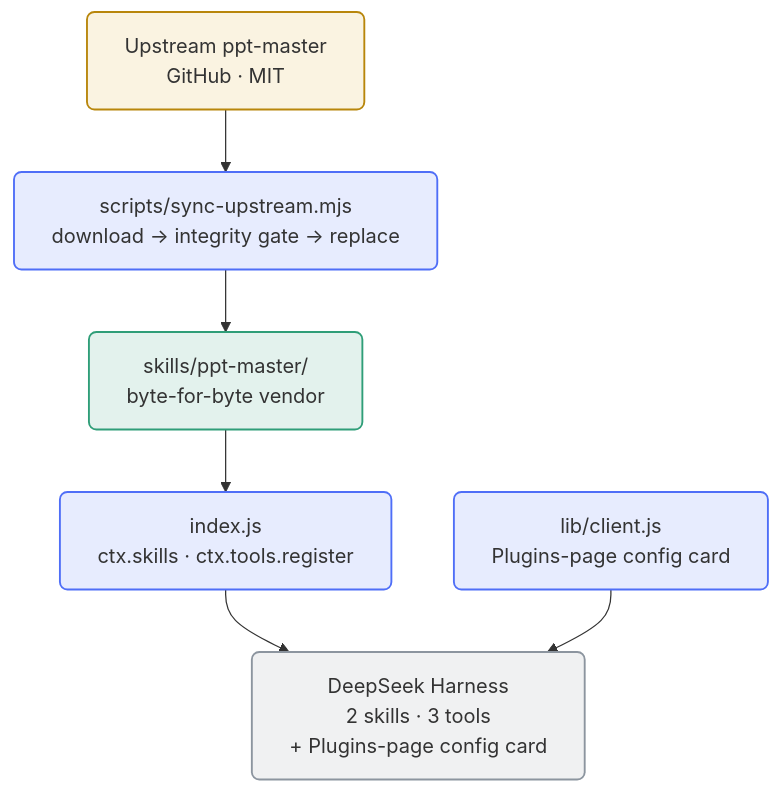
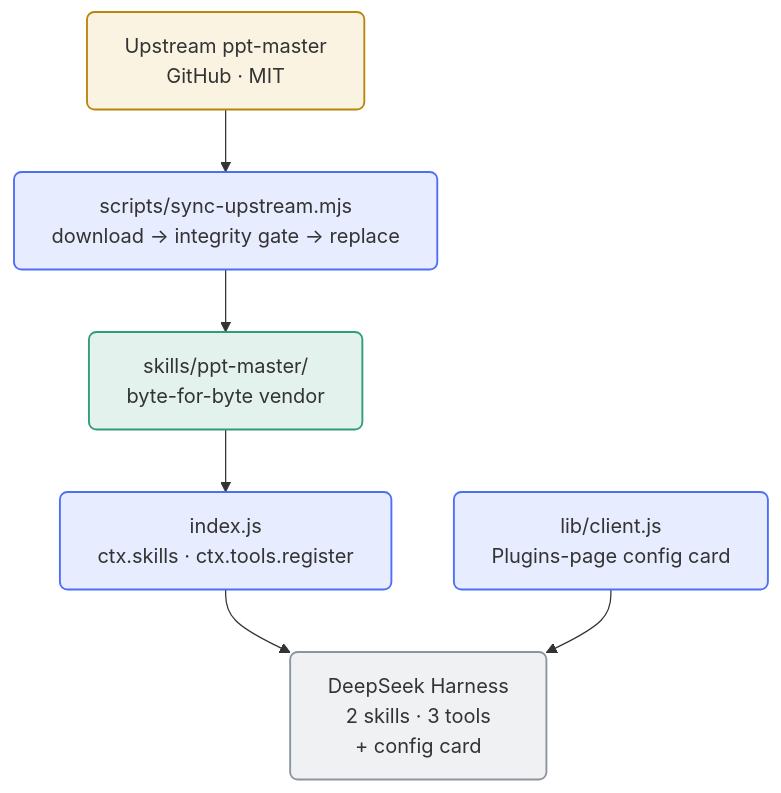
Before and after one commit to SAXEM1997/dsh-ppt-master-wrapper: the diagram in README.en.md, drawn with Mermaid. The commit also changed other lines of this file and 2 other files, not shown here.

````diff
--- a/README.en.md
+++ b/README.en.md
@@ -27,19 +27,19 @@
 ```mermaid
 %%{init: {"flowchart": {"wrappingWidth": 320}}}%%
 flowchart TB
     UP["Upstream ppt-master<br/>GitHub · MIT"]:::up
     SYNC["scripts/sync-upstream.mjs<br/>download → integrity gate → replace"]:::tool
     VENDOR["skills/ppt-master/<br/>byte-for-byte vendor"]:::artifact
     HOST["index.js<br/>ctx.skills · ctx.tools.register"]:::code
     CARD["lib/client.js<br/>Plugins-page config card"]:::code
-    DSH["DeepSeek Harness<br/>2 skills · 3 tools<br/>+ Plugins-page config card"]:::host
+    DSH["DeepSeek Harness<br/>2 skills · 3 tools<br/>+ config card"]:::host
 
     UP --> SYNC --> VENDOR --> HOST --> DSH
     CARD --> DSH
 
     classDef up fill:#d9a52122,stroke:#b8860b,stroke-width:1.5px,rx:6,ry:6
     classDef tool fill:#4f6ef722,stroke:#4f6ef7,stroke-width:1.5px,rx:6,ry:6
     classDef artifact fill:#2f9e7822,stroke:#2f9e78,stroke-width:1.5px,rx:6,ry:6
     classDef code fill:#4f6ef722,stroke:#4f6ef7,stroke-width:1.5px,rx:6,ry:6
     classDef host fill:#8c959f22,stroke:#8c959f,stroke-width:1.5px,rx:6,ry:6
 ```
````
